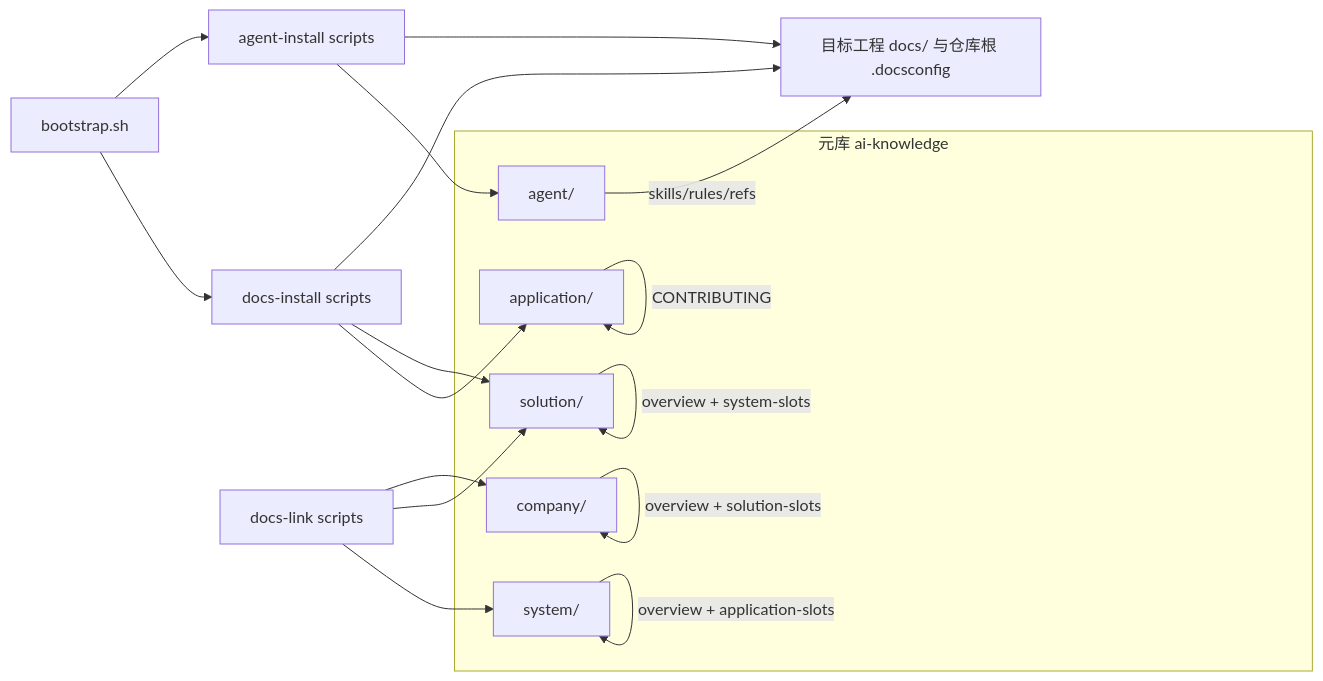
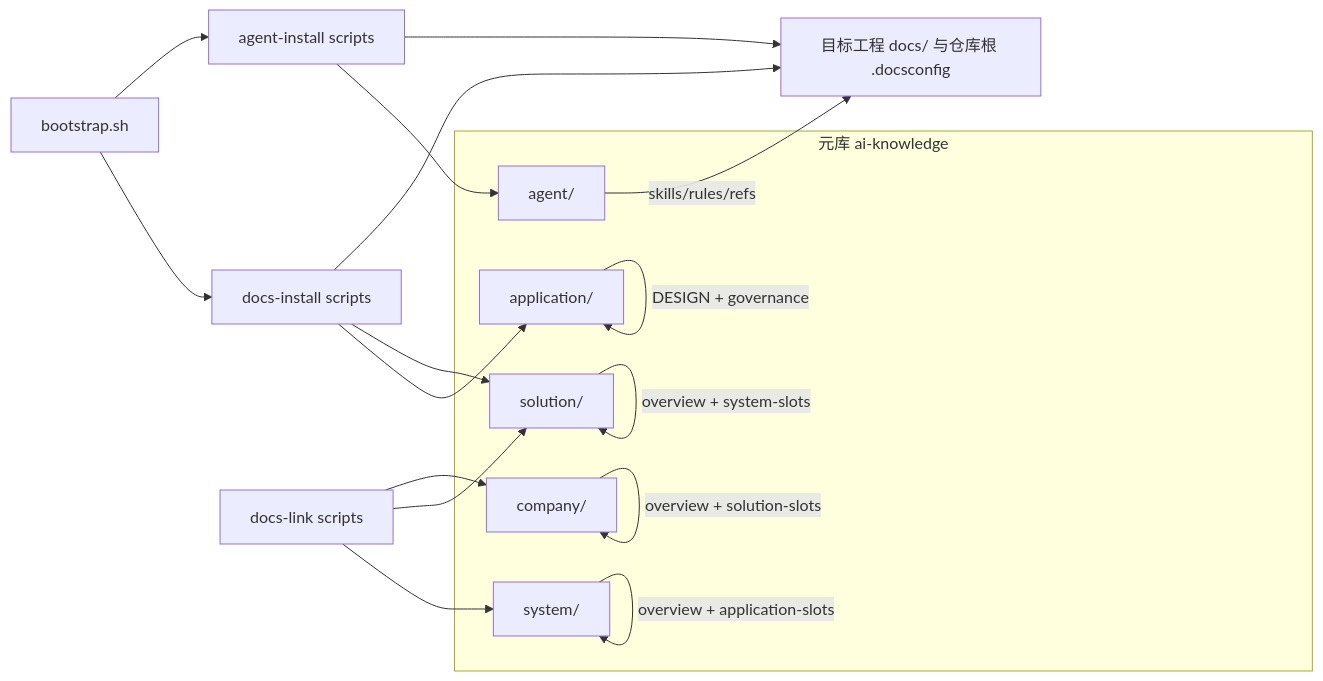
One commit to oleewen/ai-knowledge changed the first of 2 diagrams in INDEX-GUIDE.md. Above: the diagram before and after it, drawn with Mermaid. The commit also changed other lines of this file and 9 other files, not shown here.

````diff
--- a/INDEX-GUIDE.md
+++ b/INDEX-GUIDE.md
@@ -93,30 +93,30 @@
 ```mermaid
 flowchart LR
   subgraph central["元库 ai-knowledge"]
     app["application/"]
     ag["agent/"]
     sys["system/"]
     sln["solution/"]
     co["company/"]
   end
   tgt["目标工程 docs/ 与仓库根 .docsconfig"]
   boot["bootstrap.sh"]
   di["docs-install scripts"]
   ai["agent-install scripts"]
   dl["docs-link scripts"]
   boot --> di
   boot --> ai
   di --> app
   di --> sln
   di --> tgt
   ai --> ag
   ai --> tgt
   dl --> sys
   dl --> sln
   dl --> co
-  app -->|"CONTRIBUTING"| app
+  app -->|"DESIGN + governance"| app
   sys -->|"overview + application-slots"| sys
   sln -->|"overview + system-slots"| sln
   co -->|"overview + solution-slots"| co
   ag -->|"skills/rules/refs"| tgt
 ```
````
